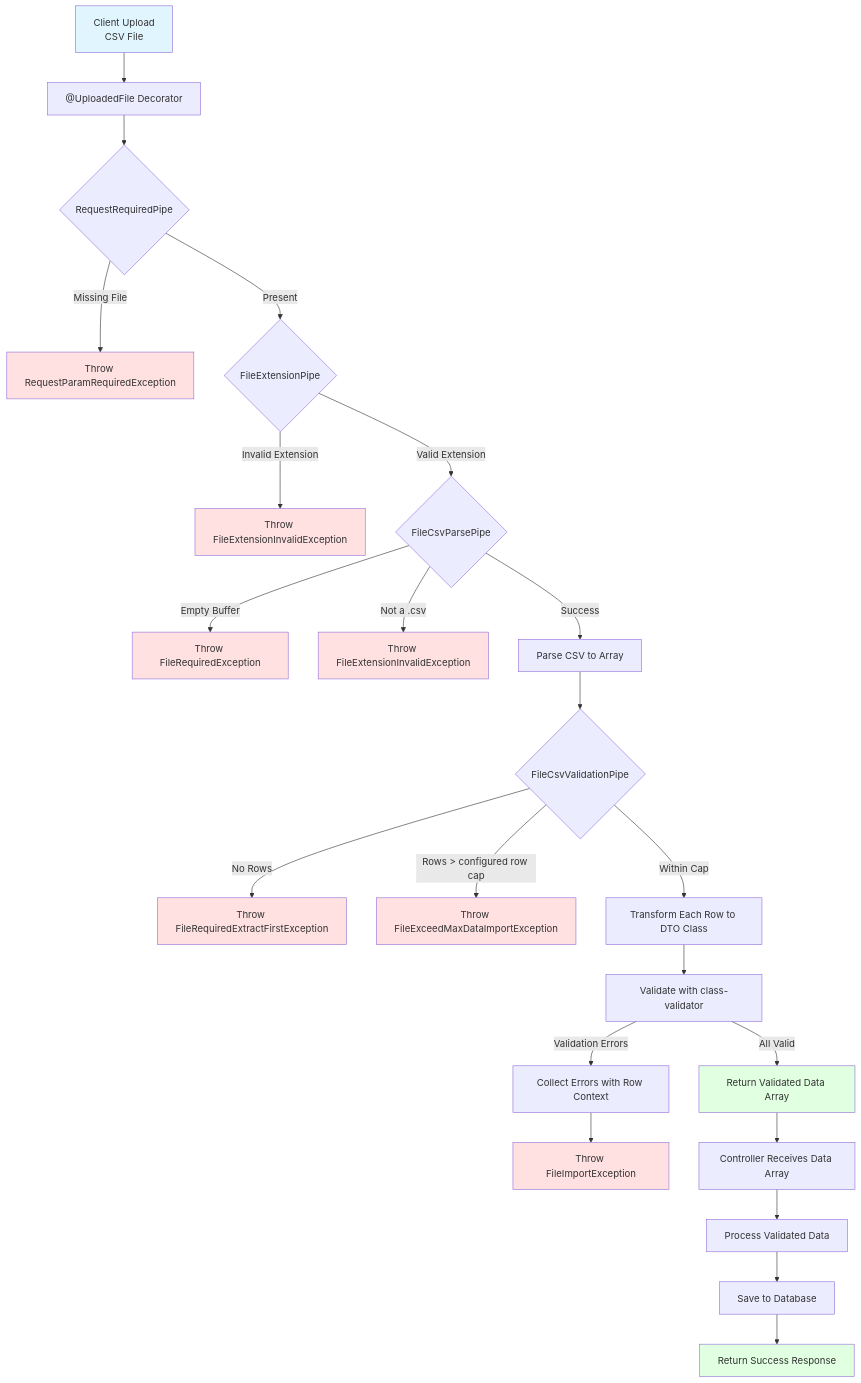
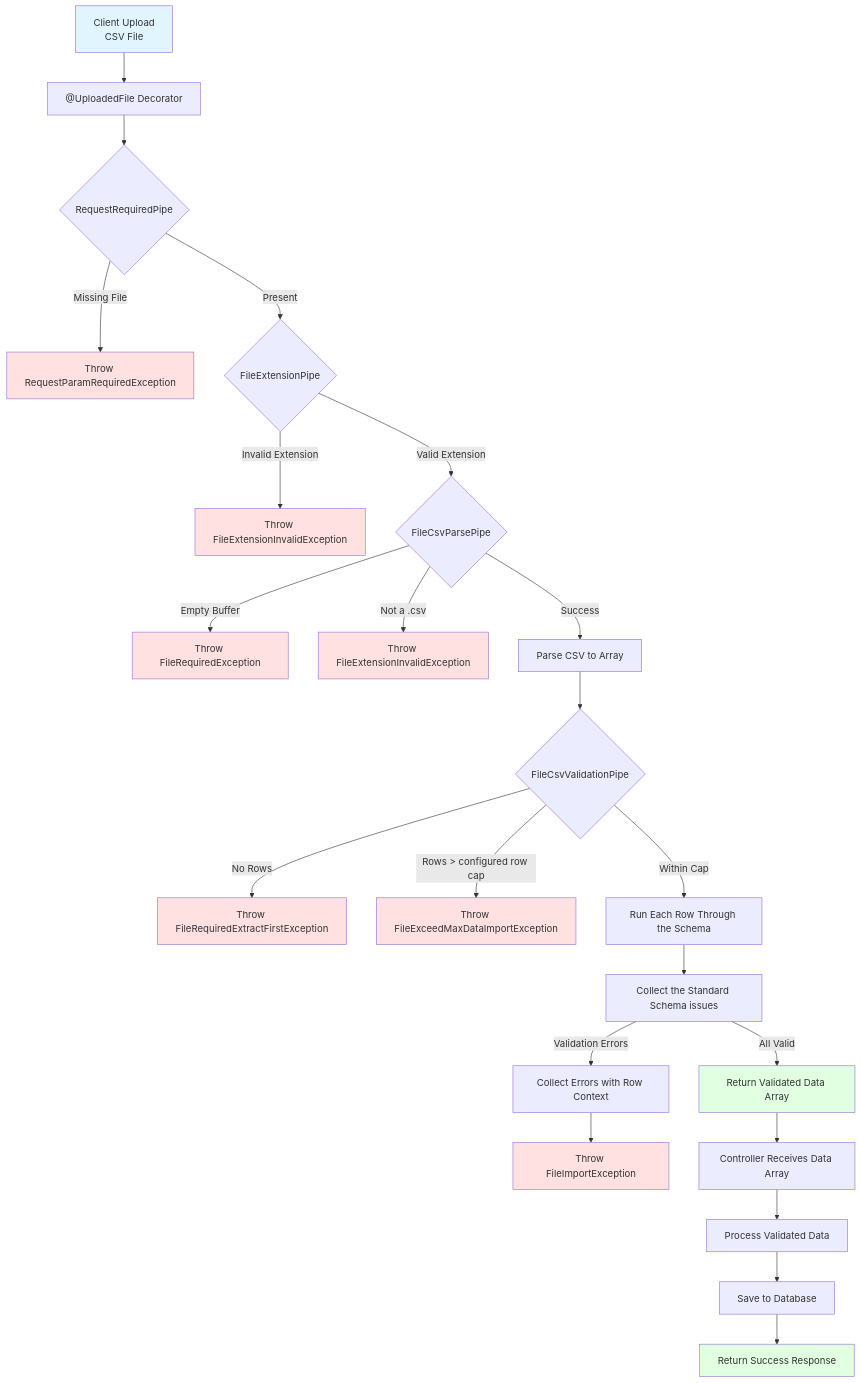
Before and after one commit to andrechristikan/ack-nestjs-boilerplate: the diagram in docs/file-upload.md, drawn with Mermaid. The commit also changed other lines of this file and 56 other files, not shown here.

````diff
--- a/docs/file-upload.md
+++ b/docs/file-upload.md
@@ -191,43 +191,43 @@
 ```mermaid
 flowchart TD
     A[Client Upload<br/>CSV File] --> B[ @UploadedFile Decorator]
     B --> B2{RequestRequiredPipe}
     
     B2 -->|Missing File| B3[Throw RequestParamRequiredException]
     B2 -->|Present| C{FileExtensionPipe}
     
     C -->|Invalid Extension| D[Throw FileExtensionInvalidException]
     C -->|Valid Extension| E{FileCsvParsePipe}
     
     E -->|Empty Buffer| F[Throw FileRequiredException]
     E -->|Not a .csv| G[Throw FileExtensionInvalidException]
     E -->|Success| H[Parse CSV to Array]
     
     H --> I{FileCsvValidationPipe}
     
     I -->|No Rows| I2[Throw FileRequiredExtractFirstException]
     I -->|Rows > configured row cap| I3[Throw FileExceedMaxDataImportException]
-    I -->|Within Cap| J[Transform Each Row to DTO Class]
-    J --> K[Validate with class-validator]
+    I -->|Within Cap| J[Run Each Row Through the Schema]
+    J --> K[Collect the Standard Schema issues]
     
     K -->|Validation Errors| L[Collect Errors with Row Context]
     L --> M[Throw FileImportException]
     
     K -->|All Valid| N[Return Validated Data Array]
     N --> O[Controller Receives Data Array]
     O --> P[Process Validated Data]
     
     P --> Q[Save to Database]
     Q --> R[Return Success Response]
     
     style A fill:#e1f5ff
     style B3 fill:#ffe1e1
     style D fill:#ffe1e1
     style F fill:#ffe1e1
     style G fill:#ffe1e1
     style I2 fill:#ffe1e1
     style I3 fill:#ffe1e1
     style M fill:#ffe1e1
     style N fill:#e1ffe1
     style R fill:#e1ffe1
 ```
````
